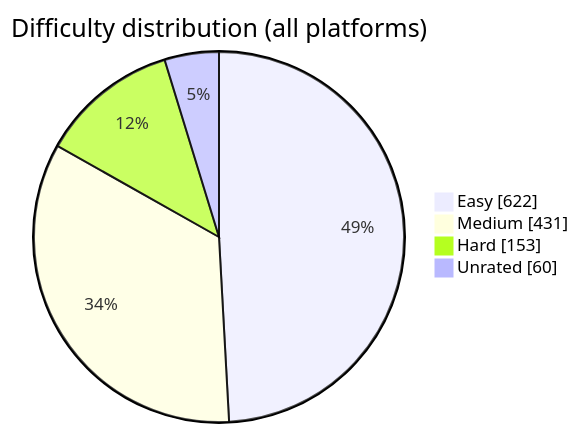
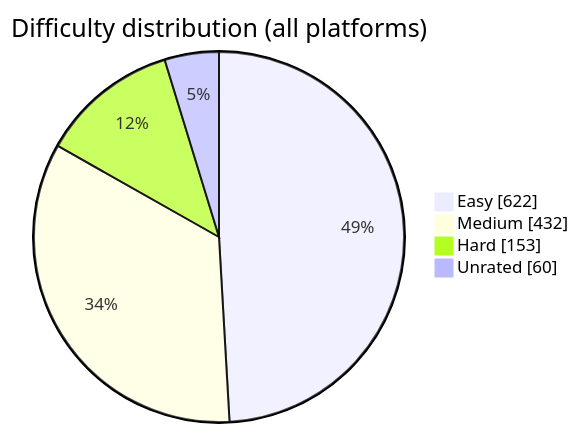
Before and after one commit to BuildbyArindam/Daily-Coding-Log: the diagram in README.md, drawn with Mermaid. The commit also changed other lines of this file, not shown here.

````diff
--- a/README.md
+++ b/README.md
@@ -93,7 +93,7 @@
 ```mermaid
 pie showData title Difficulty distribution (all platforms)
     "Easy" : 622
-    "Medium" : 431
+    "Medium" : 432
     "Hard" : 153
     "Unrated" : 60
 ```
````
